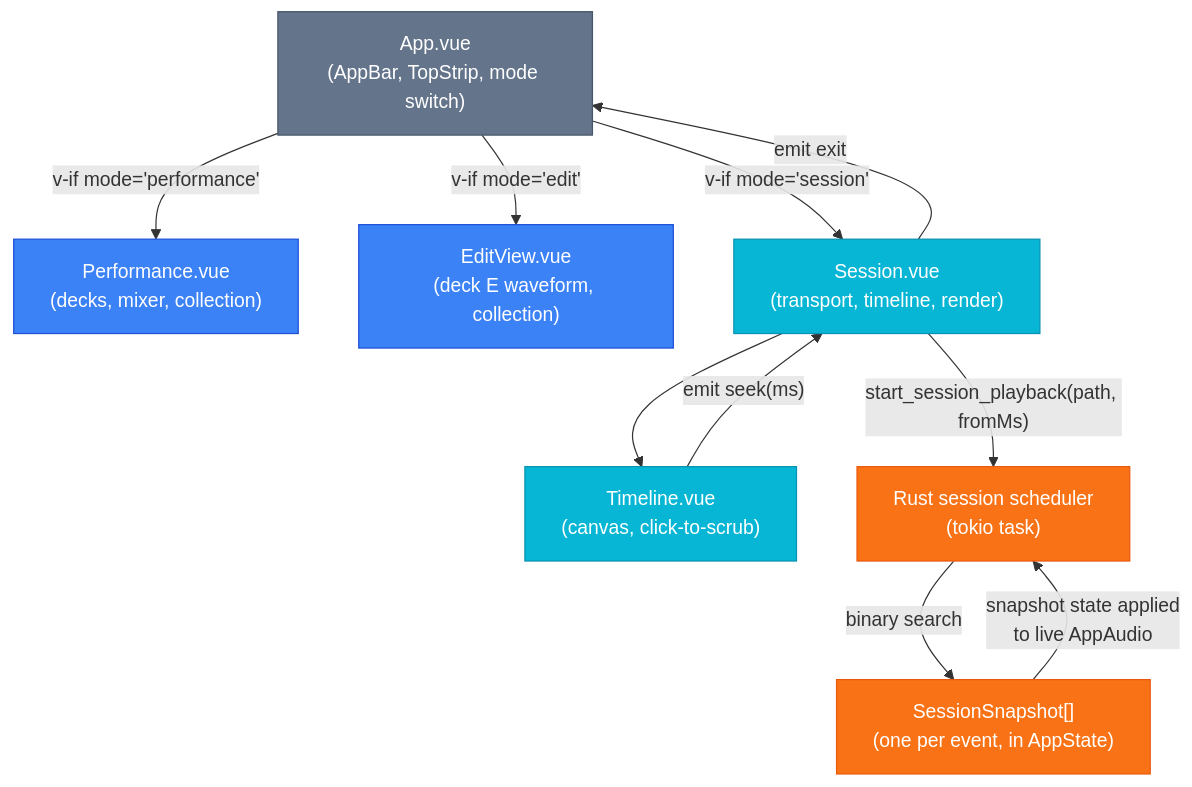
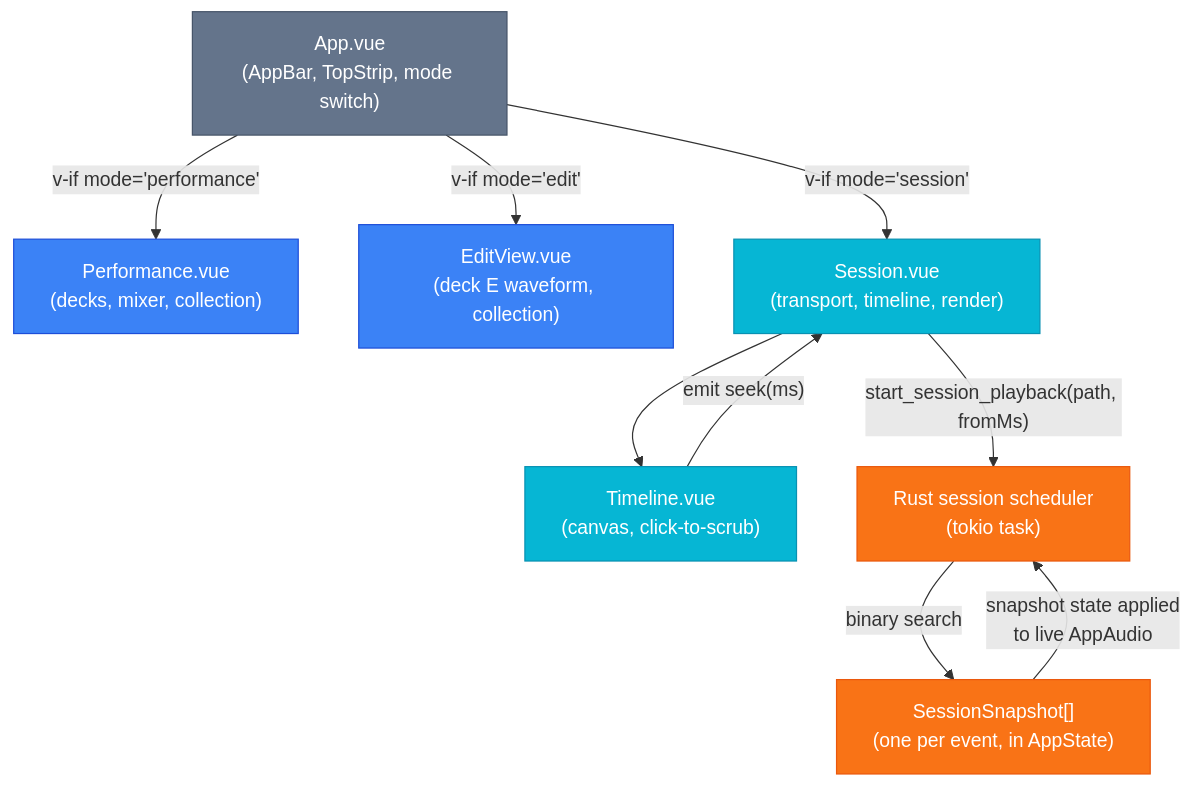
The sixth of 6 diagrams in ARCHITECTURE.md (berrutti/beatmatcher), drawn with Mermaid before and after one commit.

Commit message:
update architecture

````diff
--- a/ARCHITECTURE.md
+++ b/ARCHITECTURE.md
@@ -191,25 +191,24 @@
 ```mermaid
 flowchart TD
     classDef app fill:#64748b,stroke:#475569,color:#fff
     classDef perf fill:#3b82f6,stroke:#1d4ed8,color:#fff
     classDef session fill:#06b6d4,stroke:#0891b2,color:#fff
     classDef rust fill:#f97316,stroke:#ea580c,color:#fff
 
     App["App.vue\n(AppBar, TopStrip, mode switch)"]:::app
     Perf["Performance.vue\n(decks, mixer, collection)"]:::perf
     Edit["EditView.vue\n(deck E waveform, collection)"]:::perf
     Sess["Session.vue\n(transport, timeline, render)"]:::session
     Timeline["Timeline.vue\n(canvas, click-to-scrub)"]:::session
     Scheduler["Rust session scheduler\n(tokio task)"]:::rust
     Snapshots["SessionSnapshot[]\n(one per event, in AppState)"]:::rust
 
     App -- "v-if mode='performance'" --> Perf
     App -- "v-if mode='edit'" --> Edit
     App -- "v-if mode='session'" --> Sess
-    Sess -- "emit exit" --> App
     Sess --> Timeline
     Timeline -- "emit seek(ms)" --> Sess
     Sess -- "start_session_playback(path, fromMs)" --> Scheduler
     Scheduler -- "binary search" --> Snapshots
     Snapshots -- "snapshot state applied\nto live AppAudio" --> Scheduler
 ```
````
